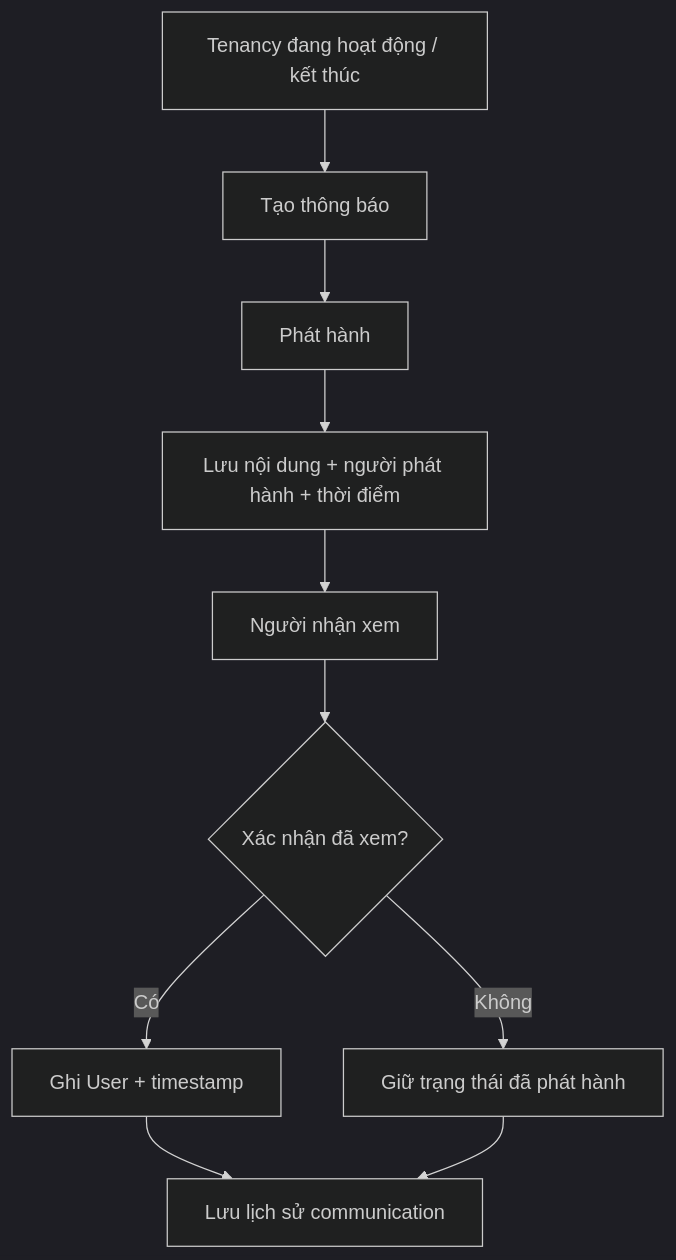
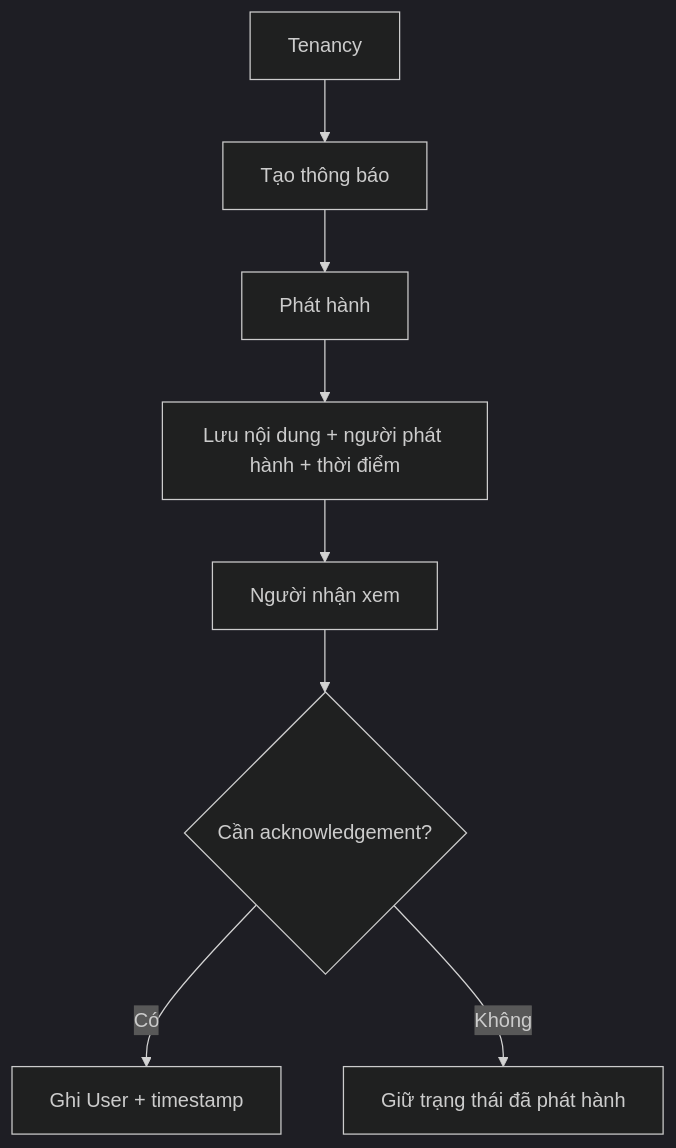
Before and after one commit to Danh20100/moibile_app: the diagram in docs/backlogs/v1/tenancy-notice.md, drawn with Mermaid (dark theme). The commit also changed other lines of this file and 7 other files, not shown here.

````diff
--- a/docs/backlogs/v1/tenancy-notice.md
+++ b/docs/backlogs/v1/tenancy-notice.md
@@ -34,12 +22,10 @@
 ```mermaid
 flowchart TD
-    A["Tenancy đang hoạt động / kết thúc"] --> B["Tạo thông báo"]
+    A["Tenancy"] --> B["Tạo thông báo"]
     B --> C["Phát hành"]
     C --> D["Lưu nội dung + người phát hành + thời điểm"]
     D --> E["Người nhận xem"]
-    E --> F{"Xác nhận đã xem?"}
+    E --> F{"Cần acknowledgement?"}
     F -->|"Có"| G["Ghi User + timestamp"]
     F -->|"Không"| H["Giữ trạng thái đã phát hành"]
-    G --> I["Lưu lịch sử communication"]
-    H --> I
 ```
````
